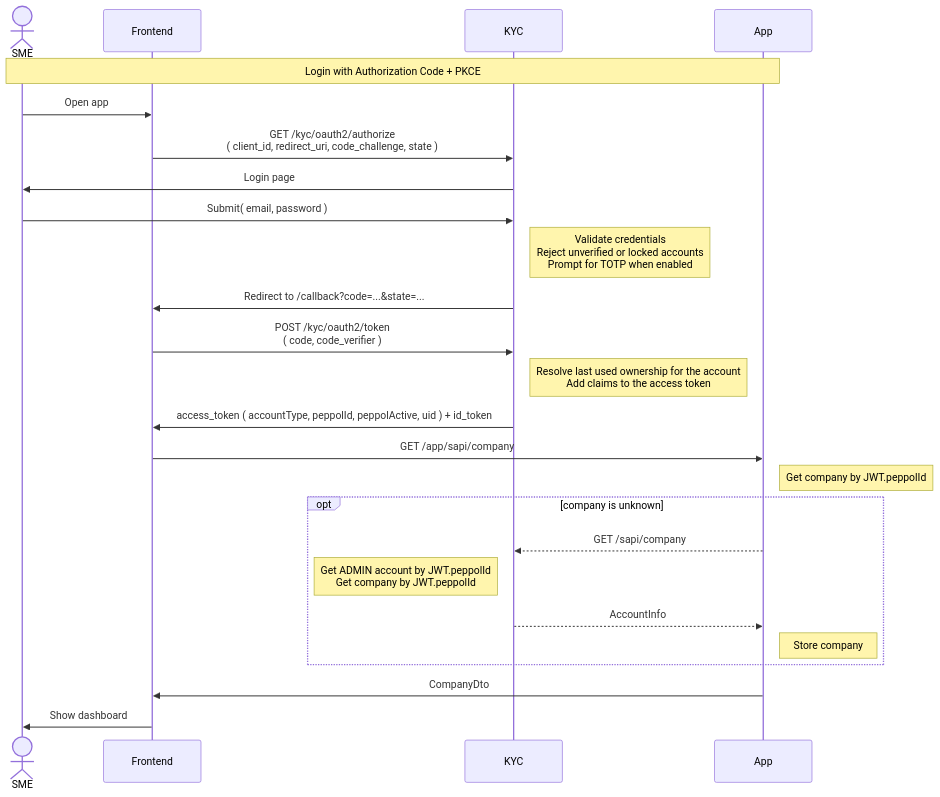
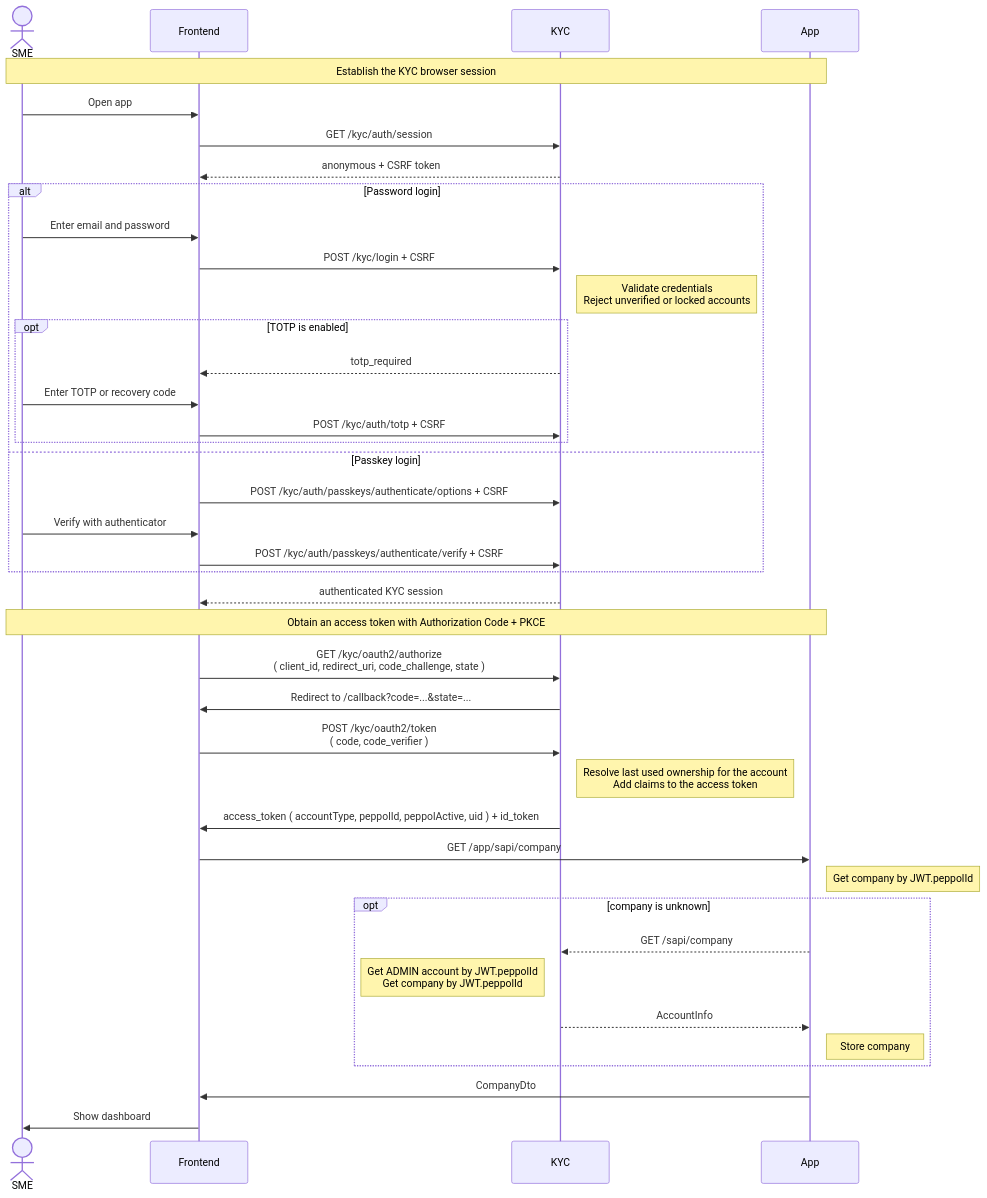
The diagram in readme/login.md (letspeppol/letspeppol), drawn with Mermaid before and after one commit. The commit also changed other lines of this file and 44 other files, not shown here.

````diff
--- a/readme/login.md
+++ b/readme/login.md
@@ -8,28 +13,44 @@
 ```mermaid
 sequenceDiagram
     actor SME as SME
     participant Frontend as Frontend
     participant KYC as KYC
     participant App as App
 
-Note over SME, App: Login with Authorization Code + PKCE
+Note over SME, App: Establish the KYC browser session
     SME ->> Frontend: Open app
+    Frontend ->> KYC: GET /kyc/auth/session
+    KYC -->> Frontend: anonymous + CSRF token
+    alt Password login
+        SME ->> Frontend: Enter email and password
+        Frontend ->> KYC: POST /kyc/login + CSRF
+        Note right of KYC: Validate credentials <br> Reject unverified or locked accounts
+        opt TOTP is enabled
+            KYC -->> Frontend: totp_required
+            SME ->> Frontend: Enter TOTP or recovery code
+            Frontend ->> KYC: POST /kyc/auth/totp + CSRF
+        end
+    else Passkey login
+        Frontend ->> KYC: POST /kyc/auth/passkeys/authenticate/options + CSRF
+        SME ->> Frontend: Verify with authenticator
+        Frontend ->> KYC: POST /kyc/auth/passkeys/authenticate/verify + CSRF
+    end
+    KYC -->> Frontend: authenticated KYC session
+
+Note over SME, App: Obtain an access token with Authorization Code + PKCE
     Frontend ->> KYC: GET /kyc/oauth2/authorize <br> ( client_id, redirect_uri, code_challenge, state )
-    KYC ->> SME: Login page
-    SME ->> KYC: Submit( email, password )
-    Note right of KYC: Validate credentials <br> Reject unverified or locked accounts <br> Prompt for TOTP when enabled
     KYC ->> Frontend: Redirect to /callback?code=...&state=...
     Frontend ->> KYC: POST /kyc/oauth2/token <br> ( code, code_verifier )
     Note right of KYC: Resolve last used ownership for the account <br> Add claims to the access token
     KYC ->> Frontend: access_token ( accountType, peppolId, peppolActive, uid ) + id_token
     Frontend ->> App: GET /app/sapi/company
     Note right of App: Get company by JWT.peppolId
     opt company is unknown
         App -->> KYC: GET /sapi/company
         Note left of KYC: Get ADMIN account by JWT.peppolId <br> Get company by JWT.peppolId
         KYC -->> App: AccountInfo
         Note right of App: Store company
     end
     App ->> Frontend: CompanyDto
     Frontend ->> SME: Show dashboard
 ```
````
